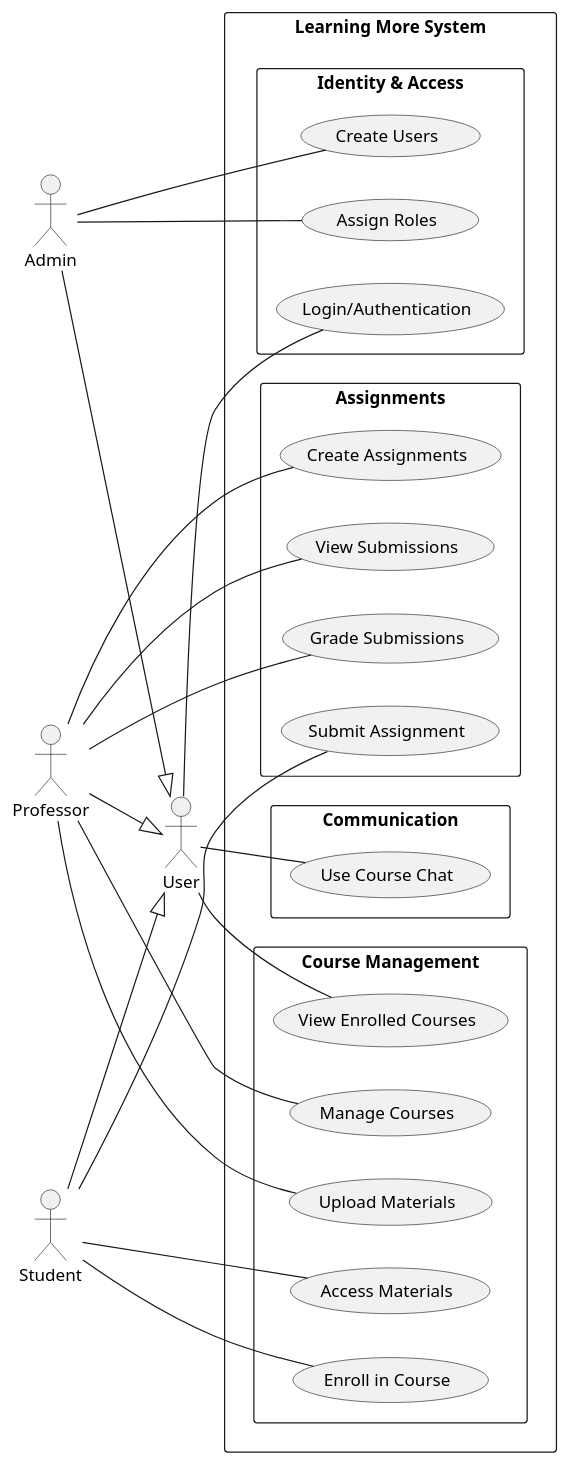
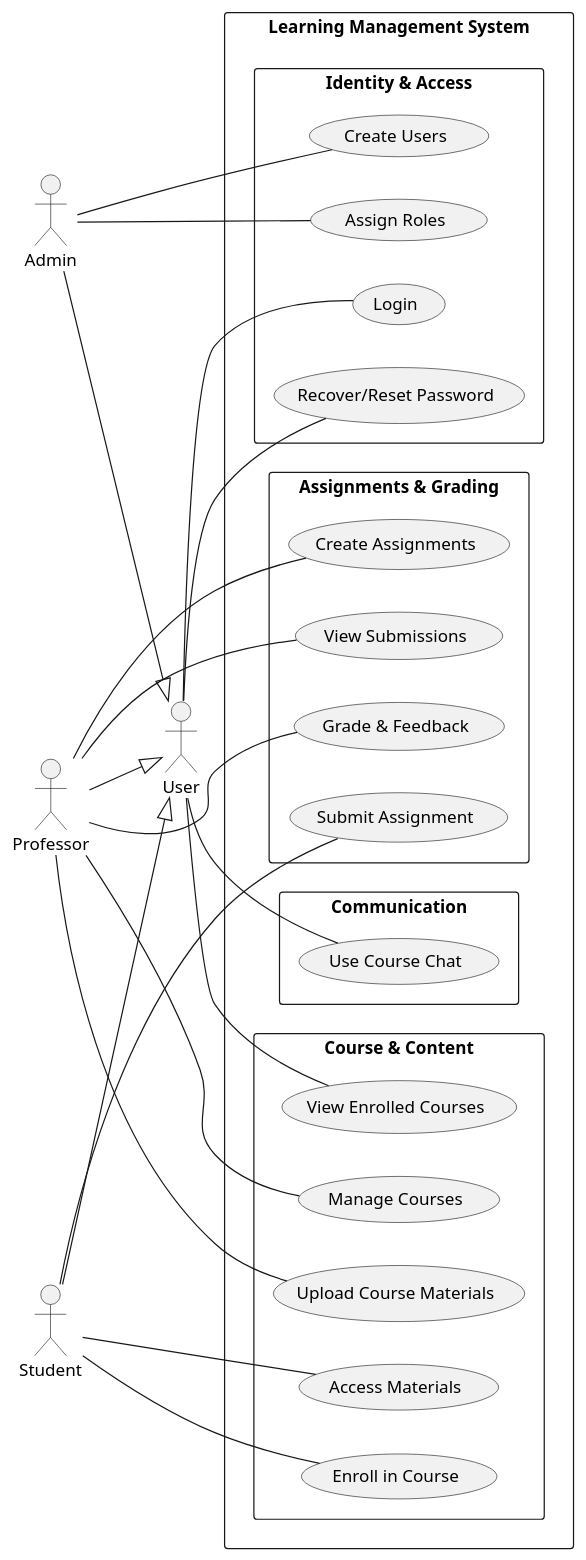
One commit to mei-desofs/desofs2026-wed_nap_5 changed the diagram in Deliverables/Phase1/analysis-and-requirements/use-case-diagram.puml. Above: the diagram before and after it, drawn with PlantUML. The commit also changed 3 other files, not shown here.

```diff
--- a/Deliverables/Phase1/analysis-and-requirements/use-case-diagram.puml
+++ b/Deliverables/Phase1/analysis-and-requirements/use-case-diagram.puml
@@ -1,64 +1,63 @@
 @startuml
 left to right direction
 skinparam packageStyle rectangle
 skinparam shadowing false
 
 actor "User" as user
 actor "Admin" as admin
 actor "Professor" as teacher
 actor "Student" as student
 
 admin --|> user
 teacher --|> user
 student --|> user
 
-rectangle "Learning More System" {
+rectangle "Learning Management System" {
 
   package "Identity & Access" {
-    usecase "Login/Authentication" as login
+    usecase "Login" as login
+    usecase "Recover/Reset Password" as reset
     usecase "Create Users" as UC1
     usecase "Assign Roles" as UC2
   }
 
-  package "Course Management" {
+  package "Course & Content" {
     usecase "Manage Courses" as UC4
     usecase "Enroll in Course" as UC6
     usecase "View Enrolled Courses" as UC7
-    usecase "Upload Materials" as UC8
+    usecase "Upload Course Materials" as UC8
     usecase "Access Materials" as UC9
   }
 
-  package "Assignments" {
+  package "Assignments & Grading" {
     usecase "Create Assignments" as UC10
     usecase "Submit Assignment" as UC12
     usecase "View Submissions" as UC13
-    usecase "Grade Submissions" as UC14
+    usecase "Grade & Feedback" as UC14
   }
 
   package "Communication" {
     usecase "Use Course Chat" as UC15
   }
 }
 
 ' Ações comuns a todos (via User)
 user -- login
+user -- reset
 user -- UC7
 user -- UC15
 
-' Ações exclusivas do Admin
 admin -- UC1
 admin -- UC2
 
-' Ações do Professor
 teacher -- UC4
 teacher -- UC8
 teacher -- UC10
 teacher -- UC13
 teacher -- UC14
 
-' Ações do Estudante
 student -- UC6
 student -- UC9
 student -- UC12
 
 @enduml
```
